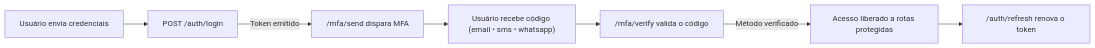
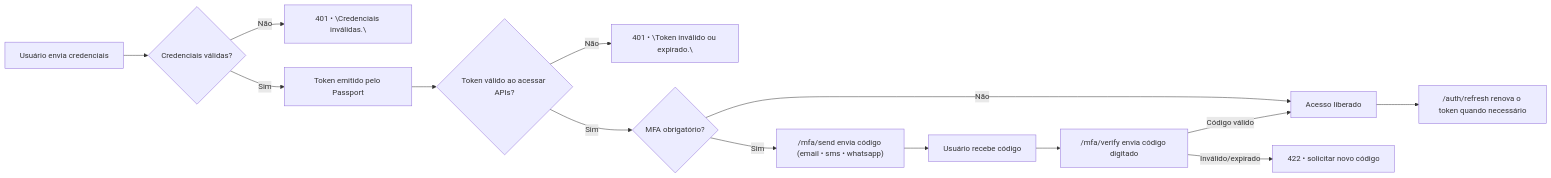
One commit to MaxMateus/ms-auth changed the diagram in README.md. Above: the diagram before and after it, drawn with Mermaid.

Commit message:
ajustando readme

````diff
--- a/README.md
+++ b/README.md
@@ -222,9 +222,16 @@
 ```mermaid
 flowchart LR
-    A["Usuário envia credenciais"] --> B["POST /auth/login"]
-    B -->|Token emitido| C["/mfa/send dispara MFA"]
-    C --> D["Usuário recebe código (email • sms • whatsapp)"]
-    D --> E["/mfa/verify valida o código"]
-    E -->|Método verificado| F["Acesso liberado a rotas protegidas"]
-    F --> G["/auth/refresh renova o token"]
+    A["Usuário envia credenciais"] --> B{Credenciais válidas?}
+    B -- "Não" --> Bx["401 • \"Credenciais inválidas.\""]
+    B -- "Sim" --> C["Token emitido pelo Passport"]
+    C --> Ct{Token válido ao acessar APIs?}
+    Ct -- "Não" --> Cx["401 • \"Token inválido ou expirado.\""]
+    Ct -- "Sim" --> D{MFA obrigatório?}
+    D -- "Não" --> H["Acesso liberado"]
+    D -- "Sim" --> E["/mfa/send envia código (email • sms • whatsapp)"]
+    E --> F["Usuário recebe código"]
+    F --> G["/mfa/verify envia código digitado"]
+    G -- "Código válido" --> H
+    G -- "Inválido/expirado" --> Gy["422 • solicitar novo código"]
+    H --> I["/auth/refresh renova o token quando necessário"]
 ```
````
